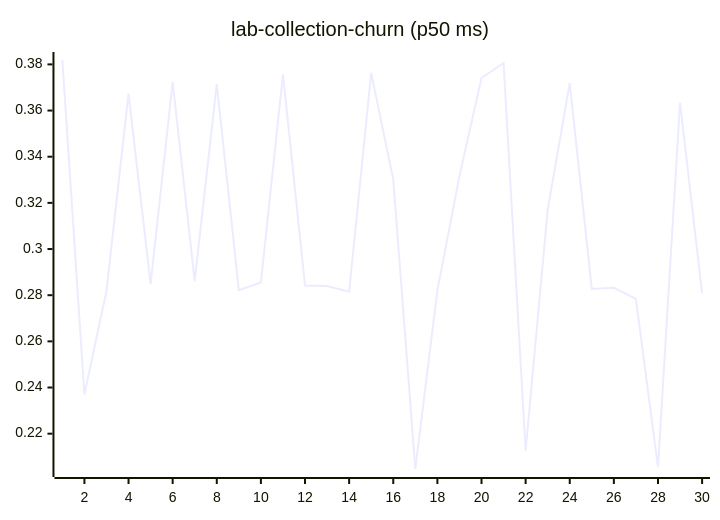
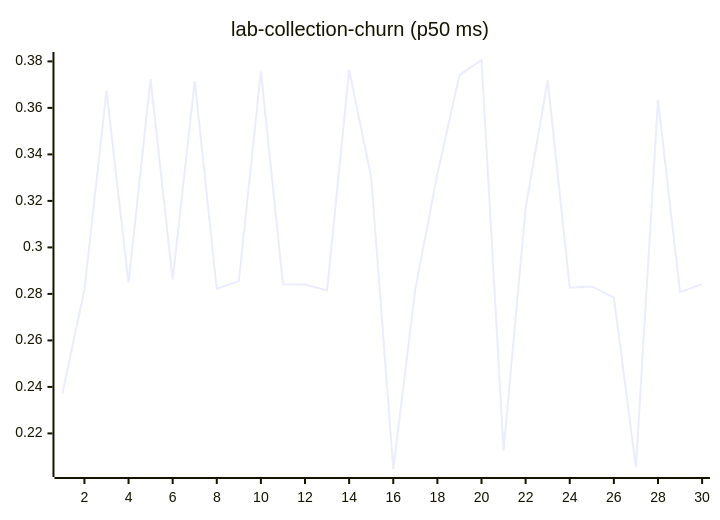
Before and after one commit to josha/Facet: diagram 11 of 27 in README.md, drawn with Mermaid. The commit also changed other lines of this file and 2 other files, not shown here.

````diff
--- a/README.md
+++ b/README.md
@@ -133,6 +133,6 @@
 ```mermaid
 xychart-beta
     title "lab-collection-churn (p50 ms)"
     x-axis 1 --> 30
-    line [0.3819, 0.2371, 0.2818, 0.3673, 0.2848, 0.3724, 0.2861, 0.3715, 0.2822, 0.2855, 0.3757, 0.2842, 0.2840, 0.2815, 0.3763, 0.3301, 0.2047, 0.2821, 0.3316, 0.3741, 0.3806, 0.2127, 0.3170, 0.3719, 0.2827, 0.2832, 0.2784, 0.2055, 0.3634, 0.2808]
+    line [0.2371, 0.2818, 0.3673, 0.2848, 0.3724, 0.2861, 0.3715, 0.2822, 0.2855, 0.3757, 0.2842, 0.2840, 0.2815, 0.3763, 0.3301, 0.2047, 0.2821, 0.3316, 0.3741, 0.3806, 0.2127, 0.3170, 0.3719, 0.2827, 0.2832, 0.2784, 0.2055, 0.3634, 0.2808, 0.2842]
 ```
````
